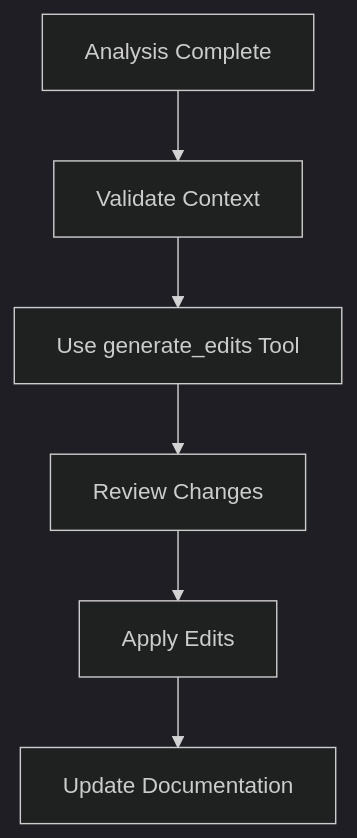
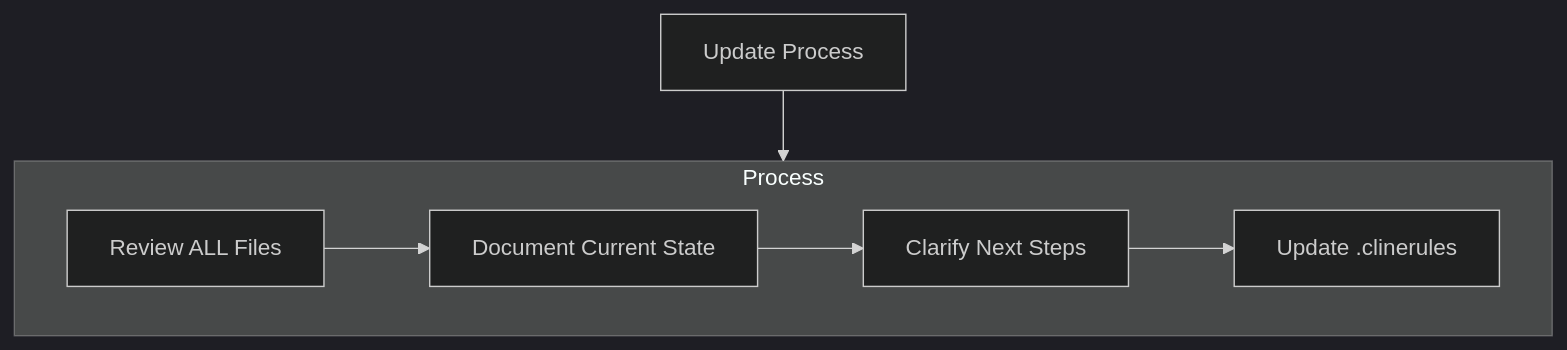
Before and after one commit to SimoKiihamaki/Budget-Coder: the fifth of 6 diagrams in instructions/custom_instructions.md, drawn with Mermaid (dark theme). The commit also changed other lines of this file and 6 other files, not shown here.

````diff
--- a/instructions/custom_instructions.md
+++ b/instructions/custom_instructions.md
@@ -75,8 +171,15 @@
 ```mermaid
 flowchart TD
-    Start[Analysis Complete] --> Validate[Validate Context]
-    Validate --> Generate[Use generate_edits Tool]
-    Generate --> Review[Review Changes]
-    Review --> Apply[Apply Edits]
-    Apply --> Document[Update Documentation]
+    Start[Update Process]
+    
+    subgraph Process
+        P1[Review ALL Files]
+        P2[Document Current State]
+        P3[Clarify Next Steps]
+        P4[Update .clinerules]
+        
+        P1 --> P2 --> P3 --> P4
+    end
+    
+    Start --> Process
 ```
````
